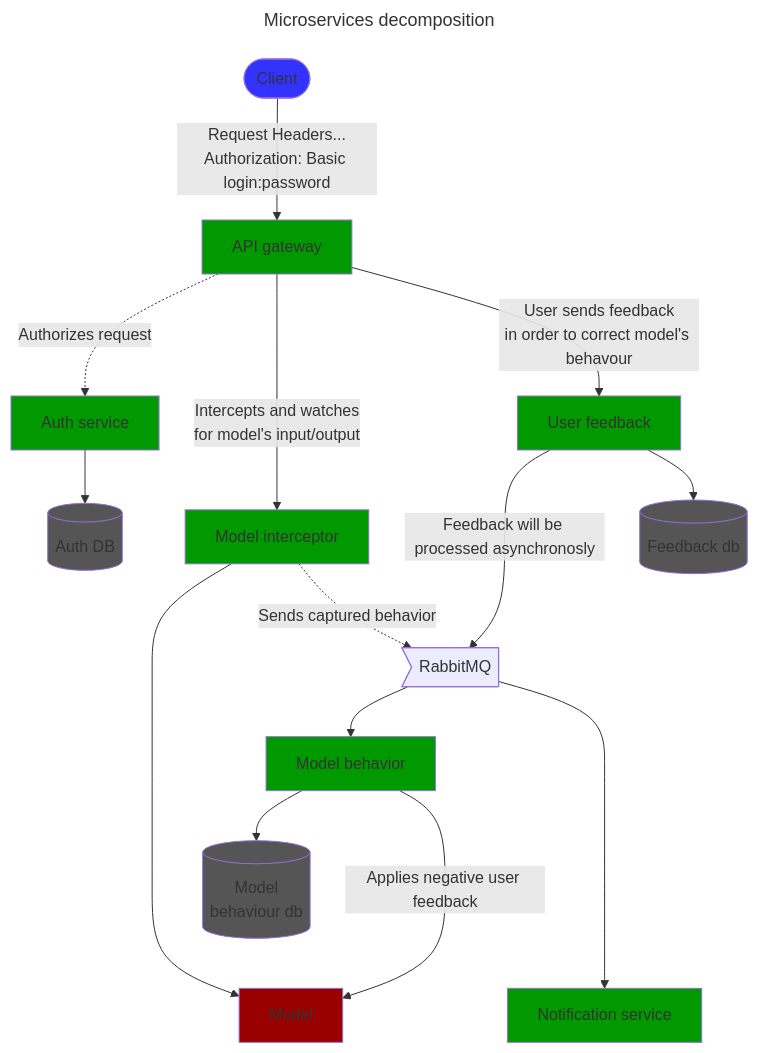
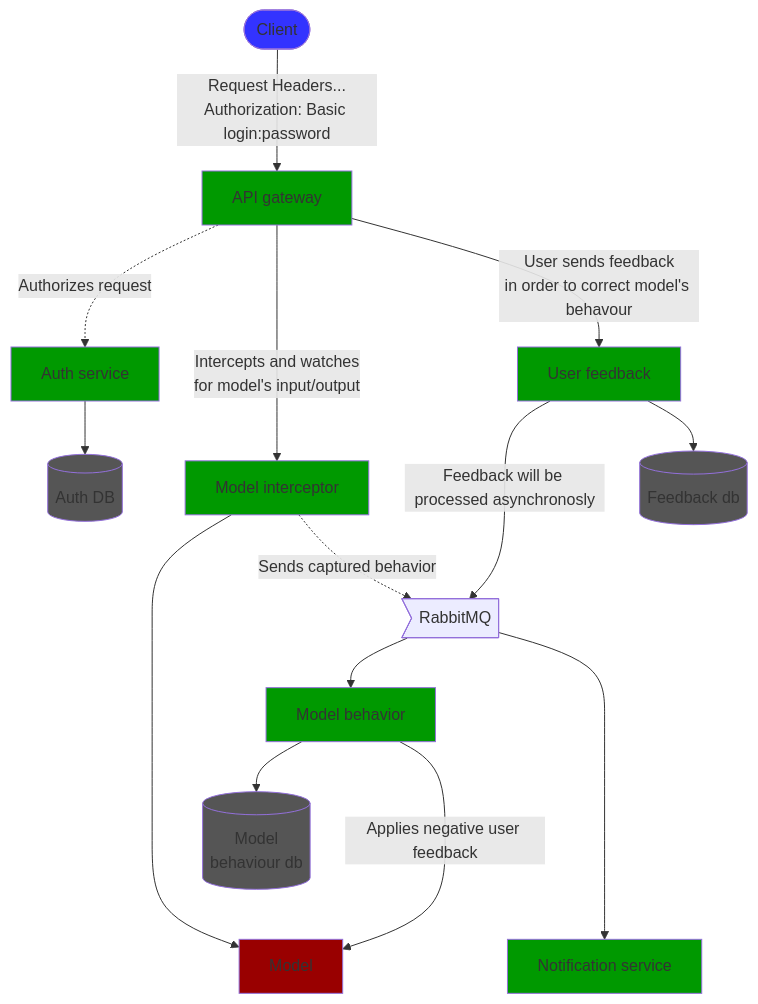
Before and after one commit to banzai-team/marketing_bot: the first of 2 diagrams in README.md, drawn with Mermaid. The commit also changed other lines of this file, not shown here.

Commit message:
update diagrams. add brief api description

````diff
--- a/README.md
+++ b/README.md
@@ -5,49 +25,46 @@
 ```mermaid
----
-title: Microservices decomposition 
----
 flowchart TD
 client(["Client"])
 api_gateway["API gateway"]
 auth["Auth service"]
 auth_db[("Auth DB")]
 model_api["Model"]
 model_interceptor["Model interceptor"]
 model_behavior["Model behavior"]
 model_behavior_db[("Model 
 behaviour db")]
 rmq>RabbitMQ]
 notification_service["Notification service"]
 user_feedback["User feedback"]
 feendback_db[("Feedback db")]
 
 
 client-->|Request Headers...
 Authorization: Basic login:password|api_gateway
 api_gateway-.Authorizes request.->auth
 auth-->auth_db
 api_gateway--"Intercepts and watches 
 for model's input/output"-->model_interceptor
 api_gateway--"User sends feedback
 in order to correct model's behavour"-->user_feedback
 model_interceptor---->model_api
 user_feedback--"Feedback will be processed asynchronosly"--->rmq
 user_feedback-->feendback_db
 model_interceptor-."Sends captured behavior".->rmq
 rmq-->model_behavior
 rmq---->notification_service
 model_behavior --> model_behavior_db
 model_behavior--"Applies negative user feedback"--->model_api
 
 style client fill:#33F
 style model_api fill:#900
 style auth fill:#090
 style model_interceptor fill:#090
 style api_gateway fill:#090
 style model_behavior fill:#090
 style notification_service fill:#090
 style user_feedback fill:#090
 style auth_db fill:#555
 style model_behavior_db fill:#555
 style feendback_db fill:#555
 ```
````
